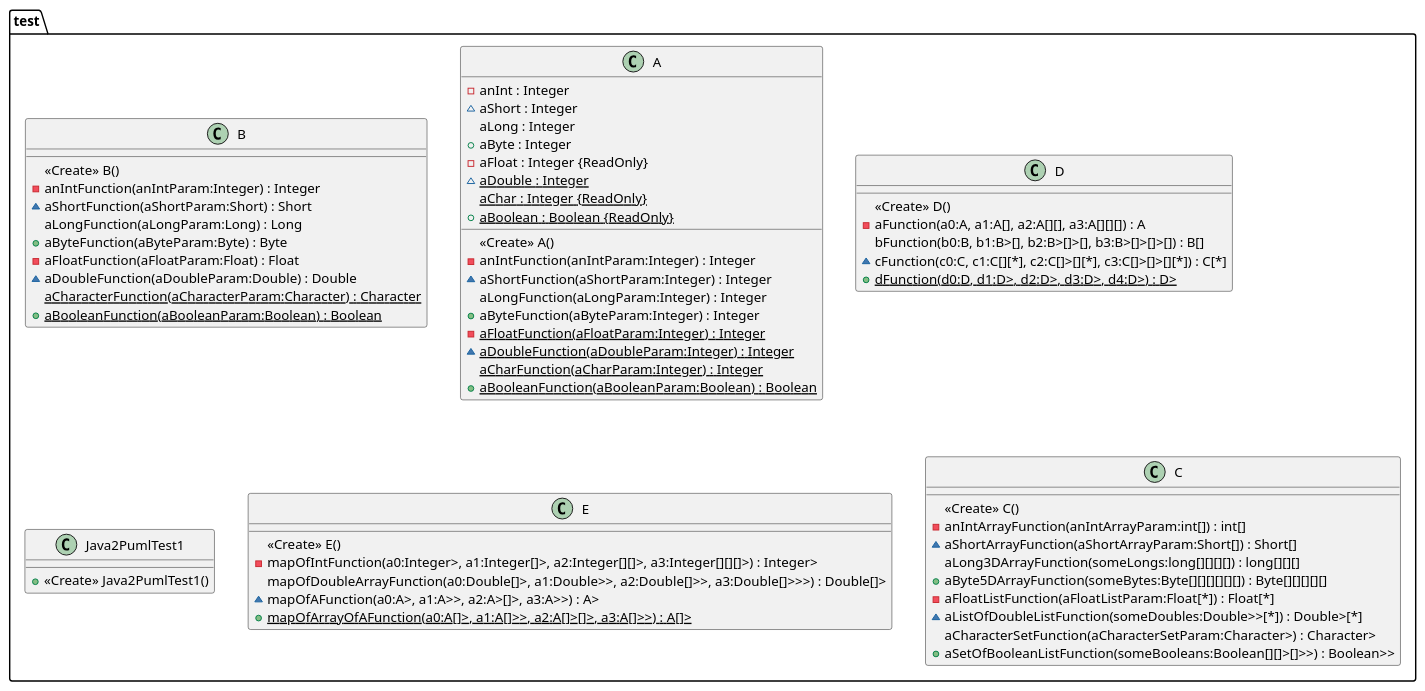
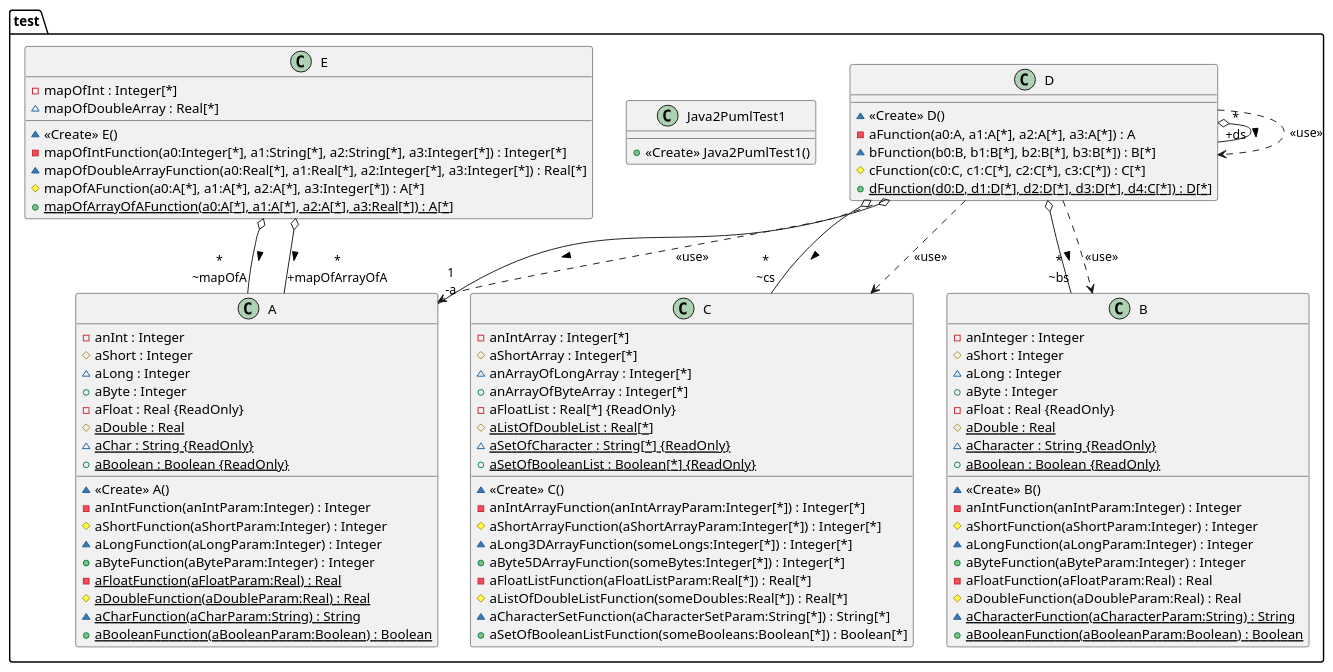
The diagram in uml/test.puml (karimelkaid/PumlFromJava), drawn with PlantUML before and after one commit. The commit also changed 38 other files, not shown here.

```diff
--- a/uml/test.puml
+++ b/uml/test.puml
@@ -1,75 +1,103 @@
 @startuml
 
 package [test]{
 	class B{
- <<Create>> B()
+	-  anInteger : Integer 
+	#  aShort : Integer 
+	~  aLong : Integer 
+	+  aByte : Integer 
+	-  aFloat : Real {ReadOnly}
+	# {static} aDouble : Real 
+	~ {static} aCharacter : String {ReadOnly}
+	+ {static} aBoolean : Boolean {ReadOnly}
+~ <<Create>> B()
 -  anIntFunction(anIntParam:Integer) : Integer
-~  aShortFunction(aShortParam:Short) : Short
-  aLongFunction(aLongParam:Long) : Long
-+  aByteFunction(aByteParam:Byte) : Byte
--  aFloatFunction(aFloatParam:Float) : Float
-~  aDoubleFunction(aDoubleParam:Double) : Double
- {static} aCharacterFunction(aCharacterParam:Character) : Character
+#  aShortFunction(aShortParam:Integer) : Integer
+~  aLongFunction(aLongParam:Integer) : Integer
++  aByteFunction(aByteParam:Integer) : Integer
+-  aFloatFunction(aFloatParam:Real) : Real
+#  aDoubleFunction(aDoubleParam:Real) : Real
+~ {static} aCharacterFunction(aCharacterParam:String) : String
 + {static} aBooleanFunction(aBooleanParam:Boolean) : Boolean
 }
 
 
 class A{
 	-  anInt : Integer 
-	~  aShort : Integer 
-	  aLong : Integer 
+	#  aShort : Integer 
+	~  aLong : Integer 
 	+  aByte : Integer 
-	-  aFloat : Integer {ReadOnly}
-	~ {static} aDouble : Integer 
-	 {static} aChar : Integer {ReadOnly}
+	-  aFloat : Real {ReadOnly}
+	# {static} aDouble : Real 
+	~ {static} aChar : String {ReadOnly}
 	+ {static} aBoolean : Boolean {ReadOnly}
- <<Create>> A()
+~ <<Create>> A()
 -  anIntFunction(anIntParam:Integer) : Integer
-~  aShortFunction(aShortParam:Integer) : Integer
-  aLongFunction(aLongParam:Integer) : Integer
+#  aShortFunction(aShortParam:Integer) : Integer
+~  aLongFunction(aLongParam:Integer) : Integer
 +  aByteFunction(aByteParam:Integer) : Integer
-- {static} aFloatFunction(aFloatParam:Integer) : Integer
-~ {static} aDoubleFunction(aDoubleParam:Integer) : Integer
- {static} aCharFunction(aCharParam:Integer) : Integer
+- {static} aFloatFunction(aFloatParam:Real) : Real
+# {static} aDoubleFunction(aDoubleParam:Real) : Real
+~ {static} aCharFunction(aCharParam:String) : String
 + {static} aBooleanFunction(aBooleanParam:Boolean) : Boolean
 }
 
 
 class D{
- <<Create>> D()
--  aFunction(a0:A, a1:A[], a2:A[][], a3:A[][][]) : A
-  bFunction(b0:B, b1:B>[], b2:B>[]>[], b3:B>[]>[]>[]) : B[]
-~  cFunction(c0:C, c1:C[][*], c2:C[]>[][*], c3:C[]>[]>[][*]) : C[*]
-+ {static} dFunction(d0:D, d1:D>, d2:D>, d3:D>, d4:D>) : D>
+~ <<Create>> D()
+-  aFunction(a0:A, a1:A[*], a2:A[*], a3:A[*]) : A
+~  bFunction(b0:B, b1:B[*], b2:B[*], b3:B[*]) : B[*]
+#  cFunction(c0:C, c1:C[*], c2:C[*], c3:C[*]) : C[*]
++ {static} dFunction(d0:D, d1:D[*], d2:D[*], d3:D[*], d4:C[*]) : D[*]
 }
+D o-- "1\n-a" A : >
+D o-- "*\n~bs" B : >
+D o-- "*\n~cs" C : >
+D o-- "*\n+ds" D : >
+D ..> B : <<use>>
+D ..> A : <<use>>
+D ..> D : <<use>>
+D ..> C : <<use>>
 
 
 class Java2PumlTest1{
 + <<Create>> Java2PumlTest1()
 }
 
 
 class E{
- <<Create>> E()
--  mapOfIntFunction(a0:Integer>, a1:Integer[]>, a2:Integer[][]>, a3:Integer[][][]>) : Integer>
-  mapOfDoubleArrayFunction(a0:Double[]>, a1:Double>>, a2:Double[]>>, a3:Double[]>>>) : Double[]>
-~  mapOfAFunction(a0:A>, a1:A>>, a2:A>[]>, a3:A>>) : A>
-+ {static} mapOfArrayOfAFunction(a0:A[]>, a1:A[]>>, a2:A[]>[]>, a3:A[]>>) : A[]>
+	-  mapOfInt : Integer[*] 
+	~  mapOfDoubleArray : Real[*] 
+~ <<Create>> E()
+-  mapOfIntFunction(a0:Integer[*], a1:String[*], a2:String[*], a3:Integer[*]) : Integer[*]
+~  mapOfDoubleArrayFunction(a0:Real[*], a1:Real[*], a2:Integer[*], a3:Integer[*]) : Real[*]
+#  mapOfAFunction(a0:A[*], a1:A[*], a2:A[*], a3:Integer[*]) : A[*]
++ {static} mapOfArrayOfAFunction(a0:A[*], a1:A[*], a2:A[*], a3:Real[*]) : A[*]
 }
+E o-- "*\n~mapOfA" A : >
+E o-- "*\n+mapOfArrayOfA" A : >
 
 
 class C{
- <<Create>> C()
--  anIntArrayFunction(anIntArrayParam:int[]) : int[]
-~  aShortArrayFunction(aShortArrayParam:Short[]) : Short[]
-  aLong3DArrayFunction(someLongs:long[][][][]) : long[][][]
-+  aByte5DArrayFunction(someBytes:Byte[][][][][][]) : Byte[][][][][]
--  aFloatListFunction(aFloatListParam:Float[*]) : Float[*]
-~  aListOfDoubleListFunction(someDoubles:Double>>[*]) : Double>[*]
-  aCharacterSetFunction(aCharacterSetParam:Character>) : Character>
-+  aSetOfBooleanListFunction(someBooleans:Boolean[][]>[]>>) : Boolean>>
+	-  anIntArray : Integer[*] 
+	#  aShortArray : Integer[*] 
+	~  anArrayOfLongArray : Integer[*] 
+	+  anArrayOfByteArray : Integer[*] 
+	-  aFloatList : Real[*] {ReadOnly}
+	# {static} aListOfDoubleList : Real[*] 
+	~ {static} aSetOfCharacter : String[*] {ReadOnly}
+	+ {static} aSetOfBooleanList : Boolean[*] {ReadOnly}
+~ <<Create>> C()
+-  anIntArrayFunction(anIntArrayParam:Integer[*]) : Integer[*]
+#  aShortArrayFunction(aShortArrayParam:Integer[*]) : Integer[*]
+~  aLong3DArrayFunction(someLongs:Integer[*]) : Integer[*]
++  aByte5DArrayFunction(someBytes:Integer[*]) : Integer[*]
+-  aFloatListFunction(aFloatListParam:Real[*]) : Real[*]
+#  aListOfDoubleListFunction(someDoubles:Real[*]) : Real[*]
+~  aCharacterSetFunction(aCharacterSetParam:String[*]) : String[*]
++  aSetOfBooleanListFunction(someBooleans:Boolean[*]) : Boolean[*]
 }
 
 
 }
 @enduml
```
